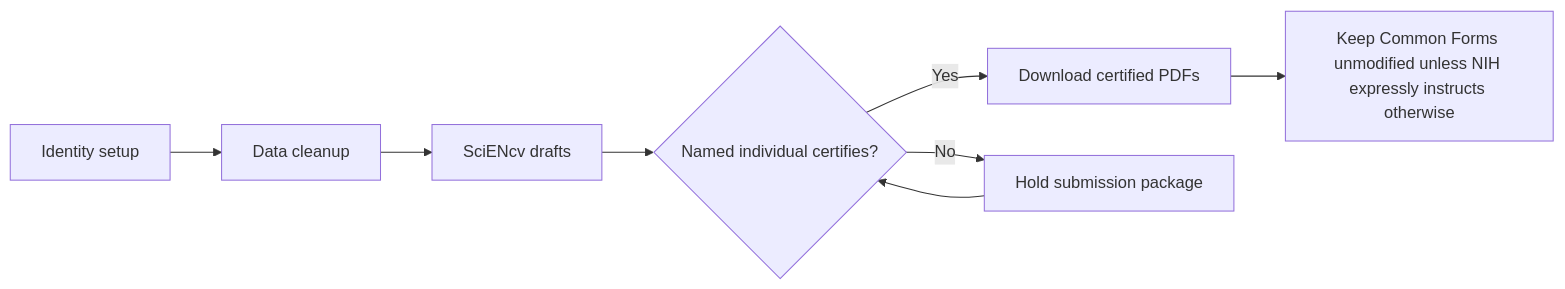
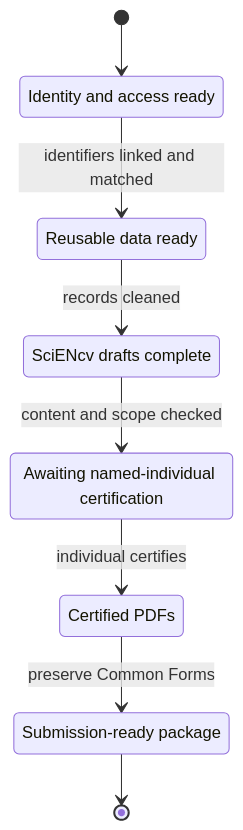
One commit to FritscheLab/nih-sciencv-playbook changed the diagram in docs/index.md. Above: the diagram before and after it, drawn with Mermaid. The commit also changed other lines of this file and 60 other files, not shown here.

````diff
--- a/docs/index.md
+++ b/docs/index.md
@@ -31,12 +29,19 @@
 ```mermaid
-flowchart LR
-    accTitle: Common Forms success path
-    accDescr: A high-level path from identity setup through SciENcv drafting, individual certification, and submission-ready PDFs.
-    A["Identity setup"] --> B["Data cleanup"]
-    B --> C["SciENcv drafts"]
-    C --> D{"Named individual certifies?"}
-    D -- "Yes" --> E["Download certified PDFs"]
-    D -- "No" --> F["Hold submission package"]
-    E --> G["Keep Common Forms unmodified unless NIH expressly instructs otherwise"]
-    F --> D
+stateDiagram-v2
+    direction TB
+    accTitle: Common Forms readiness lifecycle
+    accDescr: Readiness progresses from identity and data preparation through drafting, named-individual certification, and delivery of an unmodified submission-ready package.
+    state "Identity and access ready" as Identity
+    state "Reusable data ready" as Data
+    state "SciENcv drafts complete" as Drafts
+    state "Awaiting named-individual certification" as Awaiting
+    state "Certified PDFs" as Certified
+    state "Submission-ready package" as Ready
+    [*] --> Identity
+    Identity --> Data: identifiers linked and matched
+    Data --> Drafts: records cleaned
+    Drafts --> Awaiting: content and scope checked
+    Awaiting --> Certified: individual certifies
+    Certified --> Ready: preserve Common Forms
+    Ready --> [*]
 ```
````
